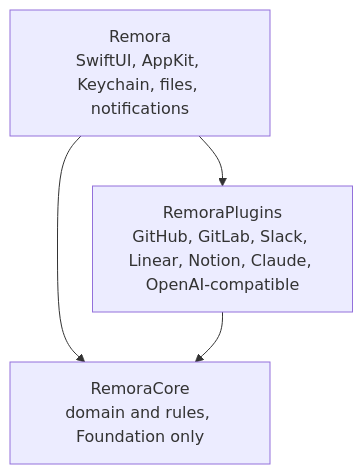
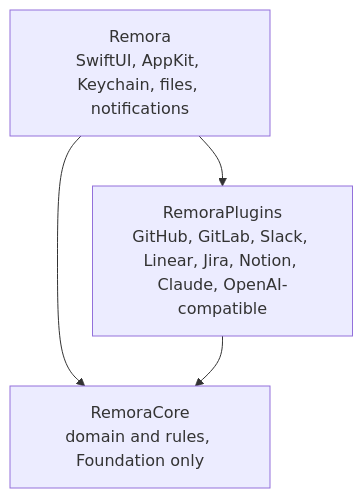
The diagram in docs/develop/index.md (iGitScor/triage), drawn with Mermaid before and after one commit. The commit also changed 45 other files, not shown here.

````diff
--- a/docs/develop/index.md
+++ b/docs/develop/index.md
@@ -11,6 +11,6 @@
 ```mermaid
 flowchart TB
-  App["Remora<br/>SwiftUI, AppKit, Keychain, files, notifications"] --> Plugins["RemoraPlugins<br/>GitHub, GitLab, Slack, Linear, Notion, Claude, OpenAI-compatible"]
+  App["Remora<br/>SwiftUI, AppKit, Keychain, files, notifications"] --> Plugins["RemoraPlugins<br/>GitHub, GitLab, Slack, Linear, Jira, Notion, Claude, OpenAI-compatible"]
   App --> Core["RemoraCore<br/>domain and rules, Foundation only"]
   Plugins --> Core
 ```
````
